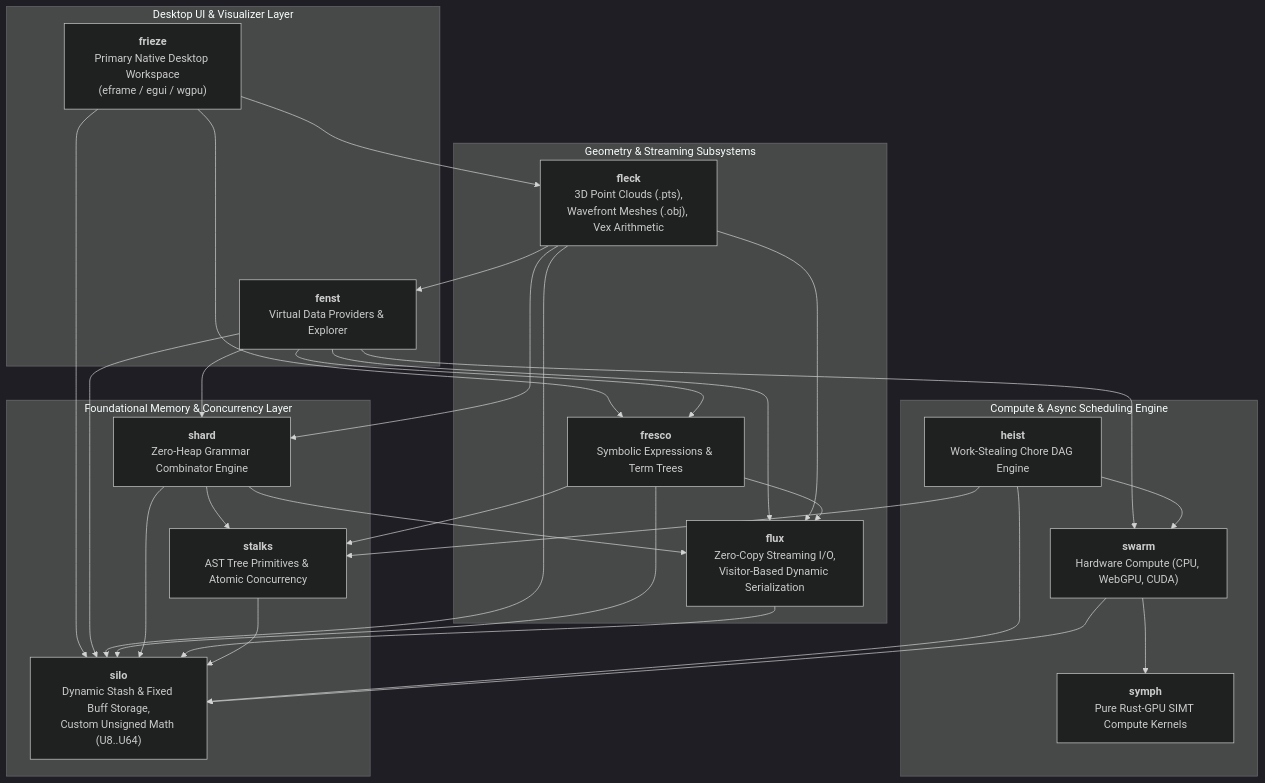
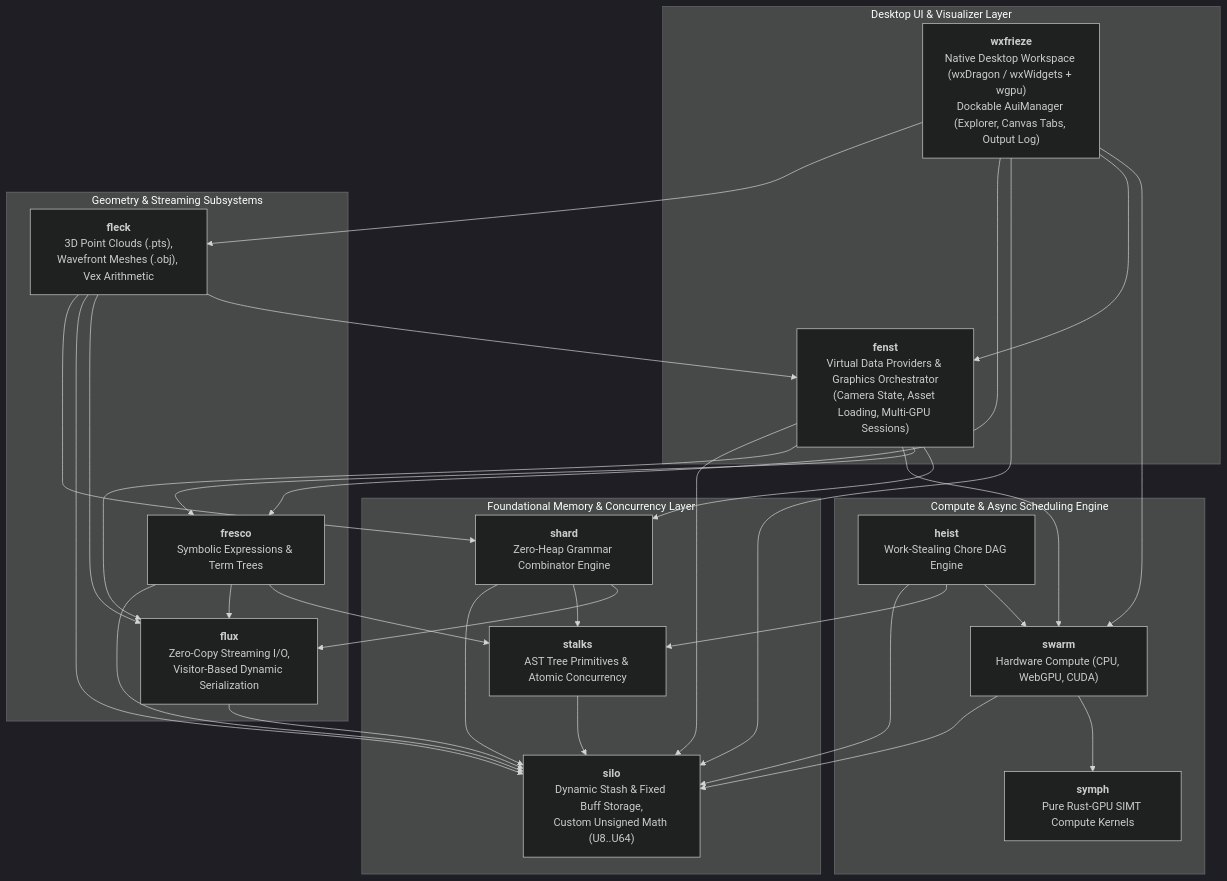
The diagram in README.md (jswarup/Kosh), drawn with Mermaid (dark theme) before and after one commit. The commit also changed other lines of this file and 5 other files, not shown here.

First line of the commit message:
Docs: Update architecture documentation for wxfrieze and clean up wiki

````diff
--- a/README.md
+++ b/README.md
@@ -31,57 +9,60 @@
 ```mermaid
-graph TD
+flowchart TD
     subgraph UI ["Desktop UI & Visualizer Layer"]
-        Frieze["<b>frieze</b><br/>Primary Native Desktop Workspace<br/>(eframe / egui / wgpu)"]
-        Fenst["<b>fenst</b><br/>Virtual Data Providers & Explorer"]
+        WxFrieze["<b>wxfrieze</b><br/>Native Desktop Workspace (wxDragon / wxWidgets + wgpu)<br/>Dockable AuiManager (Explorer, Canvas Tabs, Output Log)"]
+        Fenst["<b>fenst</b><br/>Virtual Data Providers & Graphics Orchestrator<br/>(Camera State, Asset Loading, Multi-GPU Sessions)"]
     end
 
     subgraph Geometry ["Geometry & Streaming Subsystems"]
         Fleck["<b>fleck</b><br/>3D Point Clouds (.pts),<br/>Wavefront Meshes (.obj), Vex Arithmetic"]
         Flux["<b>flux</b><br/>Zero-Copy Streaming I/O,<br/>Visitor-Based Dynamic Serialization"]
         Fresco["<b>fresco</b><br/>Symbolic Expressions & Term Trees"]
     end
 
     subgraph Compute ["Compute & Async Scheduling Engine"]
         Heist["<b>heist</b><br/>Work-Stealing Chore DAG Engine"]
         Swarm["<b>swarm</b><br/>Hardware Compute (CPU, WebGPU, CUDA)"]
         Symph["<b>symph</b><br/>Pure Rust-GPU SIMT Compute Kernels"]
     end
 
     subgraph Foundation ["Foundational Memory & Concurrency Layer"]
         Shard["<b>shard</b><br/>Zero-Heap Grammar Combinator Engine"]
         Stalks["<b>stalks</b><br/>AST Tree Primitives & Atomic Concurrency"]
         Silo["<b>silo</b><br/>Dynamic Stash & Fixed Buff Storage,<br/>Custom Unsigned Math (U8..U64)"]
     end
 
-    Frieze --> Fleck
-    Frieze --> Fresco
-    Frieze --> Silo
+    WxFrieze --> Fleck
+    WxFrieze --> Fresco
+    WxFrieze --> Silo
+    WxFrieze --> Fenst
+    WxFrieze --> Swarm
+
     Fenst --> Silo
     Fenst --> Flux
     Fenst --> Swarm
     Fenst --> Fresco
     Fenst --> Shard
 
     Fleck --> Shard
     Fleck --> Silo
     Fleck --> Flux
     Fleck --> Fenst
 
     Fresco --> Silo
     Fresco --> Flux
     Fresco --> Stalks
 
     Heist --> Silo
     Heist --> Stalks
     Heist --> Swarm
 
     Swarm --> Silo
     Swarm --> Symph
 
     Shard --> Silo
     Shard --> Stalks
     Shard --> Flux
 
     Flux --> Silo
     Stalks --> Silo
 ```
````
